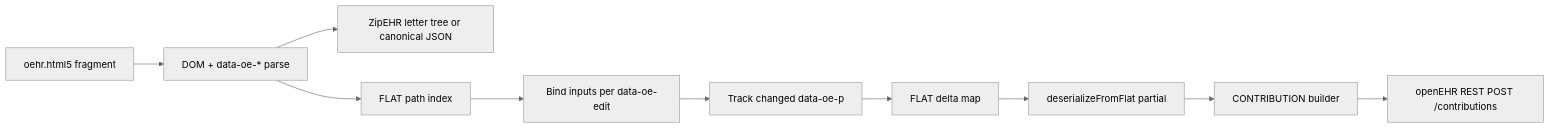
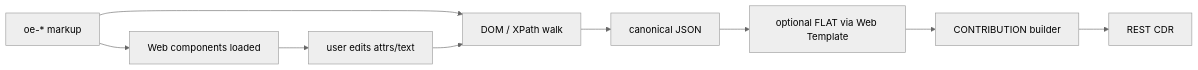
The diagram in enhanced/serialization/zipehr/oehr_html5_v1.md (ErikSundvall/ehrtslib), drawn with Mermaid (neutral theme) before and after one commit. The commit also changed other lines of this file and 1 other file, not shown here.

````diff
--- a/enhanced/serialization/zipehr/oehr_html5_v1.md
+++ b/enhanced/serialization/zipehr/oehr_html5_v1.md
@@ -249,12 +296,11 @@
 ```mermaid
 flowchart LR
-  HTML[oehr.html5 fragment] --> Parse[DOM + data-oe-* parse]
-  Parse --> Model[ZipEHR letter tree or canonical JSON]
-  Parse --> Paths[FLAT path index]
-  Paths --> Editor[Bind inputs per data-oe-edit]
-  Editor --> Dirty[Track changed data-oe-p]
-  Dirty --> Delta[FLAT delta map]
-  Delta --> RM[deserializeFromFlat partial]
-  RM --> Contrib[CONTRIBUTION builder]
-  Contrib --> REST[openEHR REST POST /contributions]
+  Tags[oe-* markup] --> WC[Web components loaded]
+  Tags --> Walk[DOM / XPath walk]
+  Walk --> RM[canonical JSON]
+  WC --> Edit[user edits attrs/text]
+  Edit --> Walk
+  RM --> FLAT[optional FLAT via Web Template]
+  FLAT --> CB[CONTRIBUTION builder]
+  CB --> REST[REST CDR]
 ```
````
